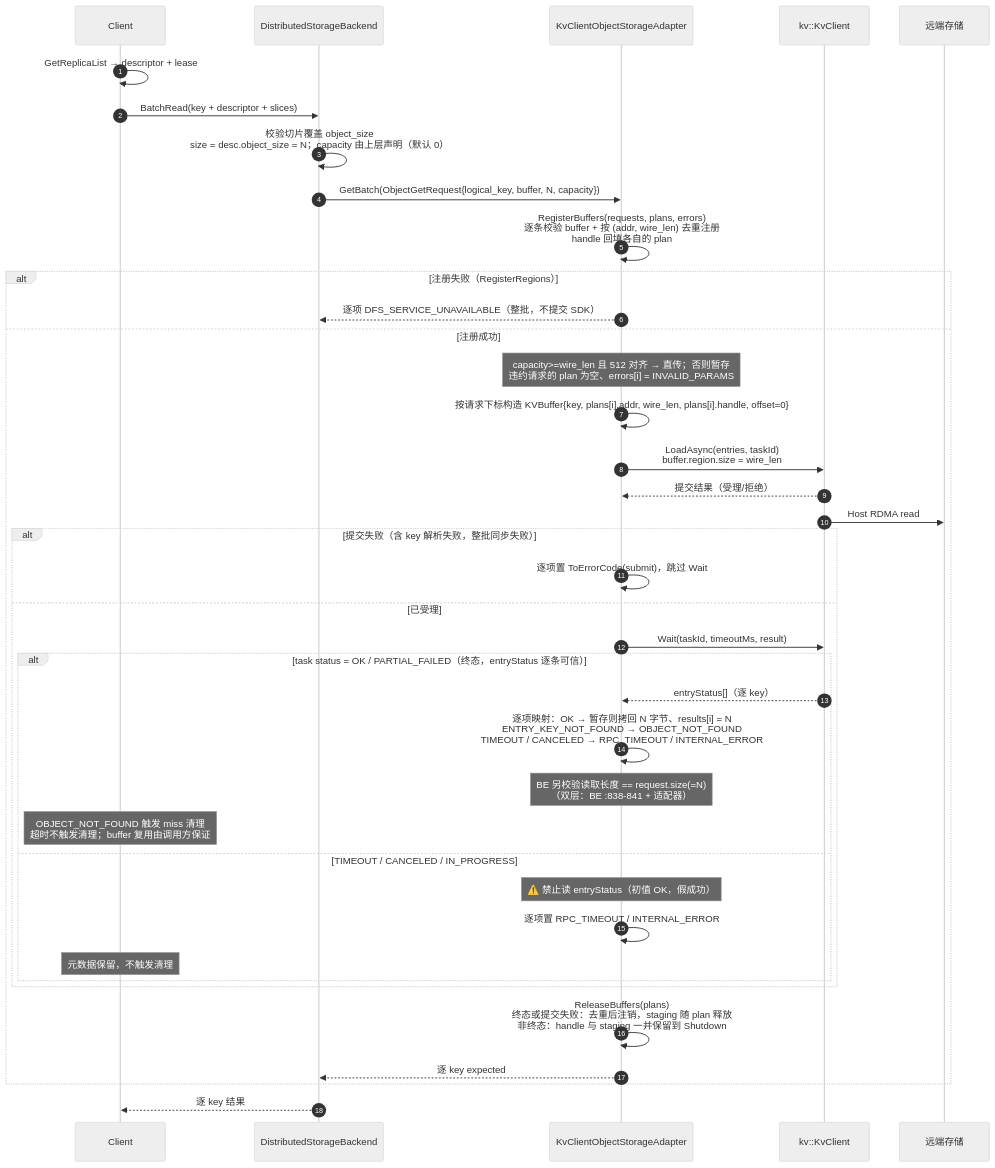
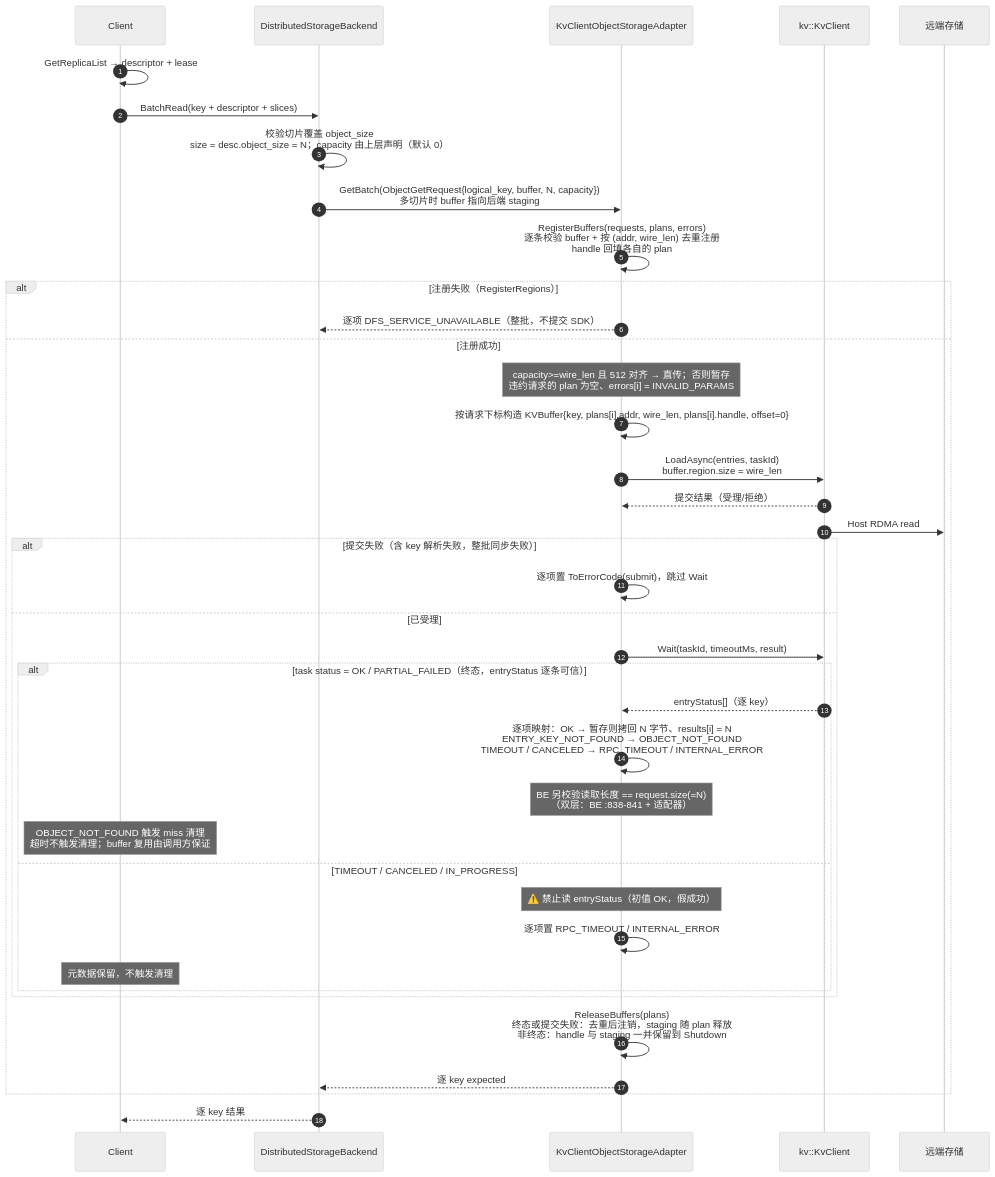
Before and after one commit to zwj20000328-dotcom/Mooncake-documents: the tenth of 13 diagrams in Mooncake + KVClient L3 接入（Kvcs）- v3.md, drawn with Mermaid (neutral theme). The commit also changed other lines of this file, not shown here.

````diff
--- a/Mooncake + KVClient L3 接入（Kvcs）- v3.md
+++ b/Mooncake + KVClient L3 接入（Kvcs）- v3.md
@@ -642,42 +644,42 @@
 ```mermaid
 sequenceDiagram
     autonumber
     participant C as Client
     participant BE as DistributedStorageBackend
     participant AD as KvClientObjectStorageAdapter
     participant SDK as kv::KvClient
     participant S as 远端存储
 
     C->>C: GetReplicaList → descriptor + lease
     C->>BE: BatchRead(key + descriptor + slices)
     BE->>BE: 校验切片覆盖 object_size<br/>size = desc.object_size = N；capacity 由上层声明（默认 0）
-    BE->>AD: GetBatch(ObjectGetRequest{logical_key, buffer, N, capacity})
+    BE->>AD: GetBatch(ObjectGetRequest{logical_key, buffer, N, capacity})<br/>多切片时 buffer 指向后端 staging
     AD->>AD: RegisterBuffers(requests, plans, errors)<br/>逐条校验 buffer + 按 (addr, wire_len) 去重注册<br/>handle 回填各自的 plan
     alt 注册失败（RegisterRegions）
         AD-->>BE: 逐项 DFS_SERVICE_UNAVAILABLE（整批，不提交 SDK）
     else 注册成功
         Note over AD: capacity>=wire_len 且 512 对齐 → 直传；否则暂存<br/>违约请求的 plan 为空、errors[i] = INVALID_PARAMS
         AD->>AD: 按请求下标构造 KVBuffer{key, plans[i].addr, wire_len, plans[i].handle, offset=0}
         AD->>SDK: LoadAsync(entries, taskId)<br/>buffer.region.size = wire_len
         SDK-->>AD: 提交结果（受理/拒绝）
         SDK->>S: Host RDMA read
         alt 提交失败（含 key 解析失败，整批同步失败）
             AD->>AD: 逐项置 ToErrorCode(submit)，跳过 Wait
         else 已受理
             AD->>SDK: Wait(taskId, timeoutMs, result)
             alt task status = OK / PARTIAL_FAILED（终态，entryStatus 逐条可信）
                 SDK-->>AD: entryStatus[]（逐 key）
                 AD->>AD: 逐项映射：OK → 暂存则拷回 N 字节、results[i] = N<br/>ENTRY_KEY_NOT_FOUND → OBJECT_NOT_FOUND<br/>TIMEOUT / CANCELED → RPC_TIMEOUT / INTERNAL_ERROR
                 Note over AD: BE 另校验读取长度 == request.size(=N)<br/>（双层：BE :838-841 + 适配器）
                 Note over C: OBJECT_NOT_FOUND 触发 miss 清理<br/>超时不触发清理；buffer 复用由调用方保证
             else TIMEOUT / CANCELED / IN_PROGRESS
                 Note over AD: ⚠️ 禁止读 entryStatus（初值 OK，假成功）
                 AD->>AD: 逐项置 RPC_TIMEOUT / INTERNAL_ERROR
                 Note over C: 元数据保留，不触发清理
             end
         end
         AD->>AD: ReleaseBuffers(plans)<br/>终态或提交失败：去重后注销，staging 随 plan 释放<br/>非终态：handle 与 staging 一并保留到 Shutdown
         AD-->>BE: 逐 key expected
     end
     BE-->>C: 逐 key 结果
 ```
````
